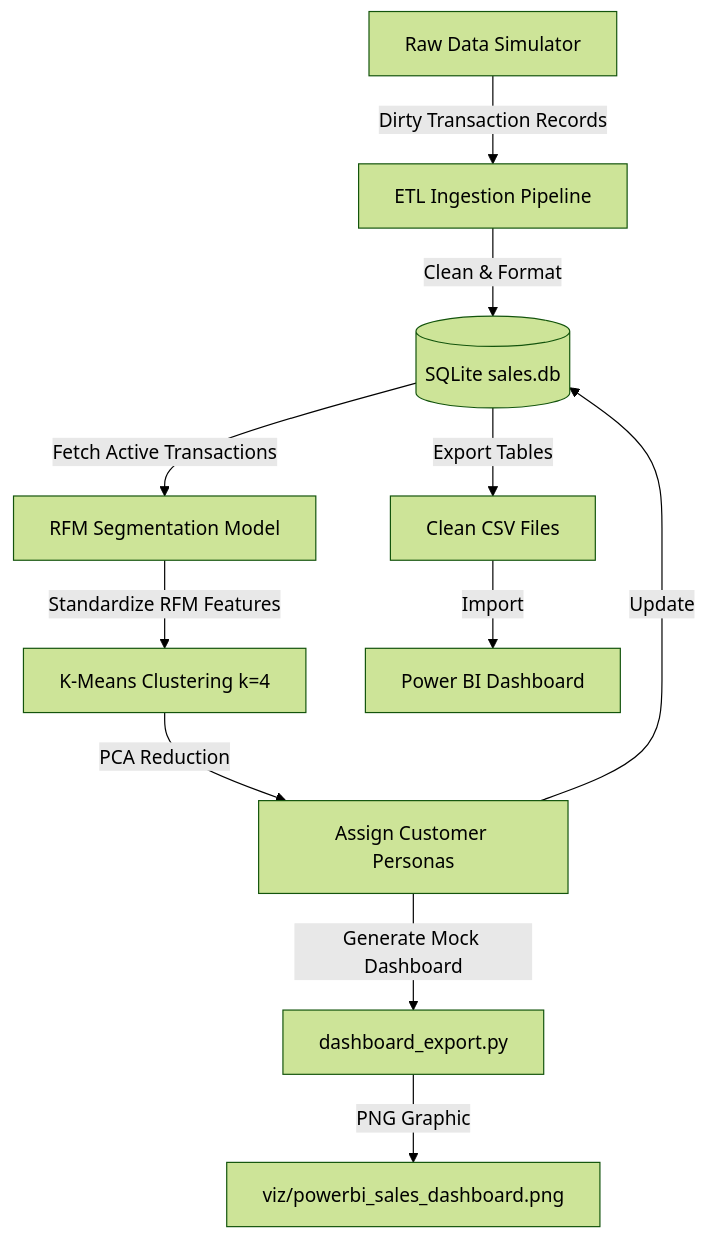
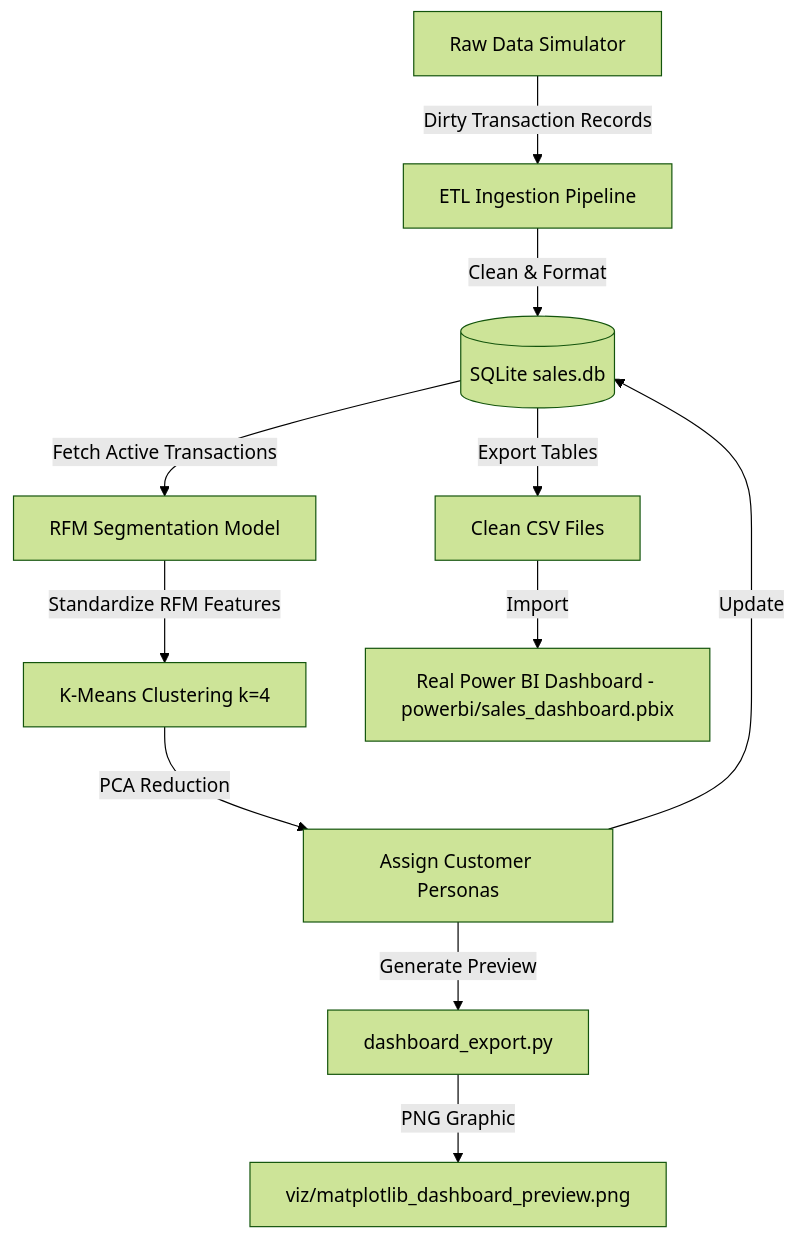
One commit to Deshraj-Jogiya/Sales-Customer-Segmentation-Pipeline changed the diagram in README.md. Above: the diagram before and after it, drawn with Mermaid (forest theme). The commit also changed other lines of this file and 7 other files, not shown here.

First line of the commit message:
Add real Power BI dashboard, fix a real customer-segmentation bug

````diff
--- a/README.md
+++ b/README.md
@@ -11,13 +11,13 @@
 ```mermaid
 graph TD
     A[Raw Data Simulator] -->|Dirty Transaction Records| B[ETL Ingestion Pipeline]
     B -->|Clean & Format| C[(SQLite sales.db)]
     C -->|Fetch Active Transactions| D[RFM Segmentation Model]
     D -->|Standardize RFM Features| E[K-Means Clustering k=4]
     E -->|PCA Reduction| F[Assign Customer Personas]
     F -->|Update| C
     C -->|Export Tables| G[Clean CSV Files]
-    G -->|Import| H[Power BI Dashboard]
-    F -->|Generate Mock Dashboard| I[dashboard_export.py]
-    I -->|PNG Graphic| J[viz/powerbi_sales_dashboard.png]
+    G -->|Import| H[Real Power BI Dashboard - powerbi/sales_dashboard.pbix]
+    F -->|Generate Preview| I[dashboard_export.py]
+    I -->|PNG Graphic| J[viz/matplotlib_dashboard_preview.png]
 ```
````
